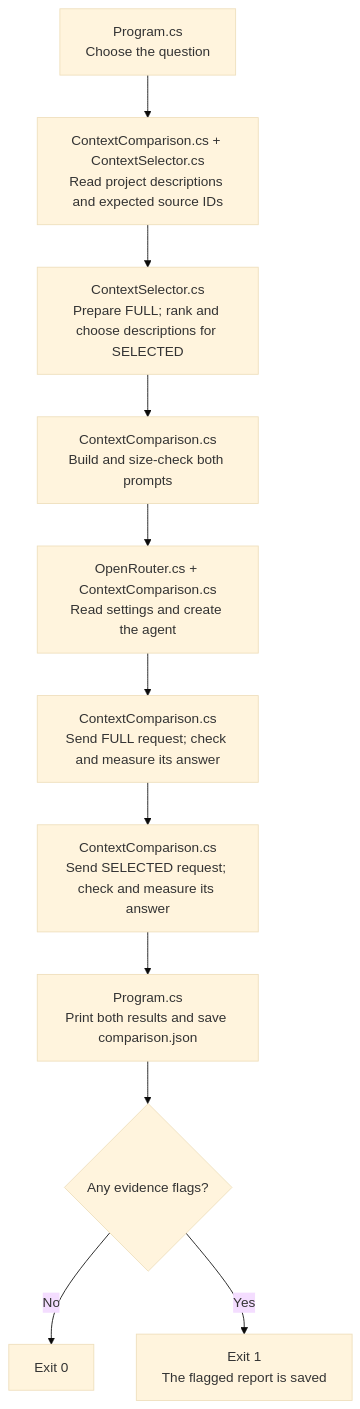
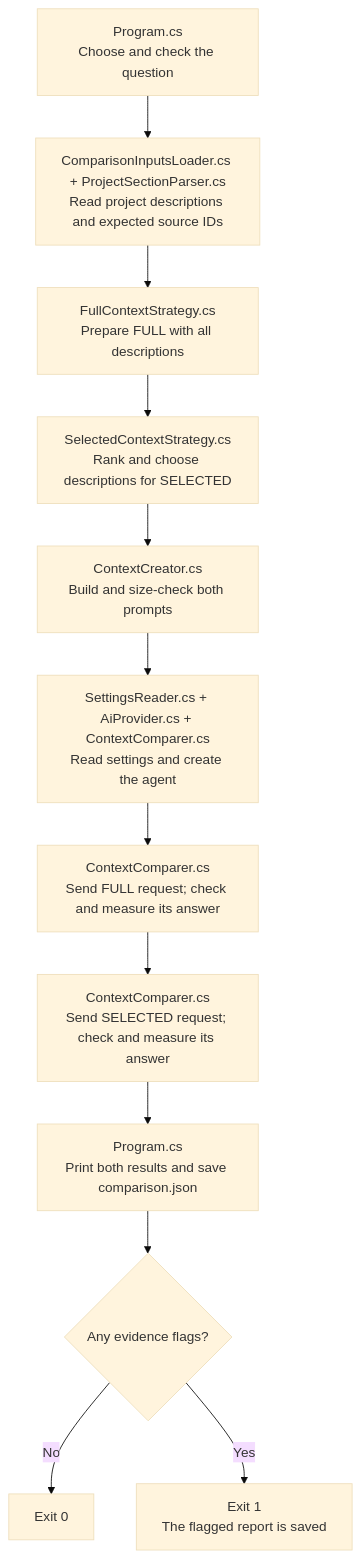
The diagram in 03-context-engineering/context-engineering/README.md (KhosroPakmanesh/ai-engineering-training), drawn with Mermaid (base theme) before and after one commit. The commit also changed other lines of this file and 80 other files, not shown here.

````diff
--- a/03-context-engineering/context-engineering/README.md
+++ b/03-context-engineering/context-engineering/README.md
@@ -16,13 +16,14 @@
 ```mermaid
 flowchart TD
-    A["Program.cs<br/>Choose the question"] --> B["ContextComparison.cs + ContextSelector.cs<br/>Read project descriptions and expected source IDs"]
-    B --> C["ContextSelector.cs<br/>Prepare FULL; rank and choose descriptions for SELECTED"]
-    C --> D["ContextComparison.cs<br/>Build and size-check both prompts"]
-    D --> E["OpenRouter.cs + ContextComparison.cs<br/>Read settings and create the agent"]
-    E --> F["ContextComparison.cs<br/>Send FULL request; check and measure its answer"]
-    F --> G["ContextComparison.cs<br/>Send SELECTED request; check and measure its answer"]
+    A["Program.cs<br/>Choose and check the question"] --> B["ComparisonInputsLoader.cs + ProjectSectionParser.cs<br/>Read project descriptions and expected source IDs"]
+    B --> C["FullContextStrategy.cs<br/>Prepare FULL with all descriptions"]
+    C --> S["SelectedContextStrategy.cs<br/>Rank and choose descriptions for SELECTED"]
+    S --> D["ContextCreator.cs<br/>Build and size-check both prompts"]
+    D --> E["SettingsReader.cs + AiProvider.cs + ContextComparer.cs<br/>Read settings and create the agent"]
+    E --> F["ContextComparer.cs<br/>Send FULL request; check and measure its answer"]
+    F --> G["ContextComparer.cs<br/>Send SELECTED request; check and measure its answer"]
     G --> H["Program.cs<br/>Print both results and save comparison.json"]
     H --> I{"Any evidence flags?"}
     I -->|No| J["Exit 0"]
     I -->|Yes| K["Exit 1<br/>The flagged report is saved"]
 ```
````
